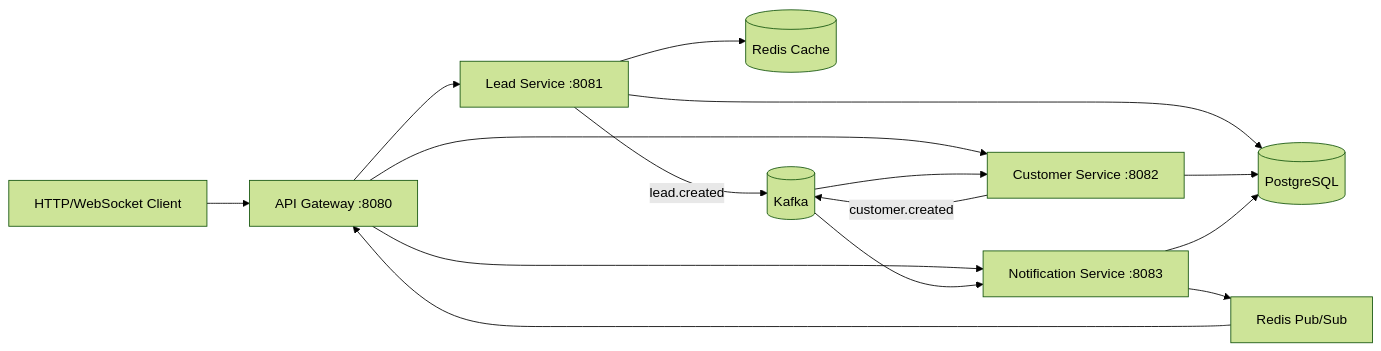
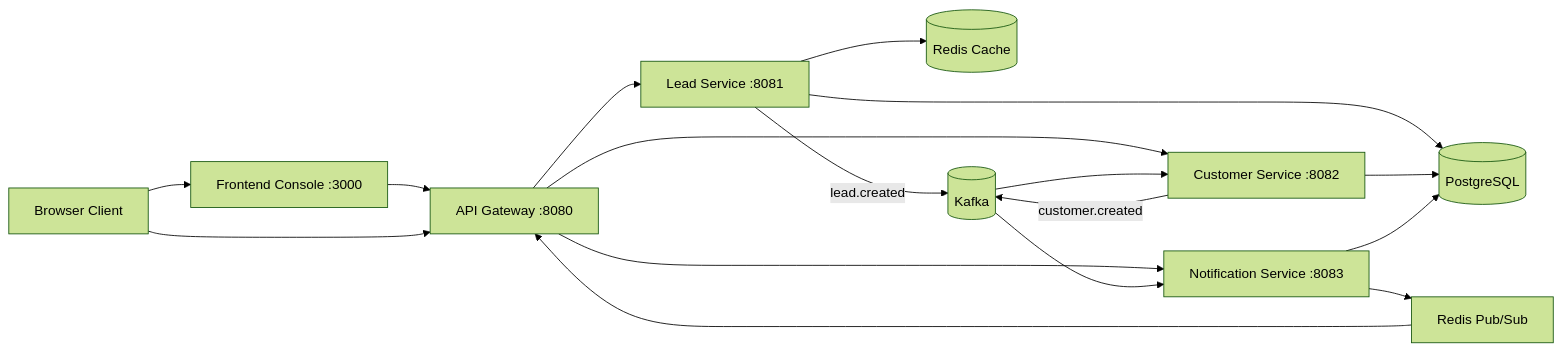
Before and after one commit to 1MrBeer1/event-driven-crm: the first of 3 diagrams in README.md, drawn with Mermaid (forest theme). The commit also changed other lines of this file and 6 other files, not shown here.

Commit message:
add local crm frontend console

````diff
--- a/README.md
+++ b/README.md
@@ -32,20 +33,22 @@
 ```mermaid
 flowchart LR
-    Client[HTTP/WebSocket Client] --> Gateway[API Gateway :8080]
+    Client[Browser Client] --> Frontend[Frontend Console :3000]
+    Frontend --> Gateway[API Gateway :8080]
+    Client --> Gateway
     Gateway --> Lead[Lead Service :8081]
     Gateway --> CustomerAPI[Customer Service :8082]
     Gateway --> NotificationAPI[Notification Service :8083]
 
     Lead --> Postgres[(PostgreSQL)]
     CustomerAPI --> Postgres
     NotificationAPI --> Postgres
 
     Lead --> Redis[(Redis Cache)]
     NotificationAPI --> RedisPubSub[Redis Pub/Sub]
     RedisPubSub --> Gateway
 
     Lead -- lead.created --> Kafka[(Kafka)]
     Kafka --> CustomerAPI
     CustomerAPI -- customer.created --> Kafka
     Kafka --> NotificationAPI
 ```
````
